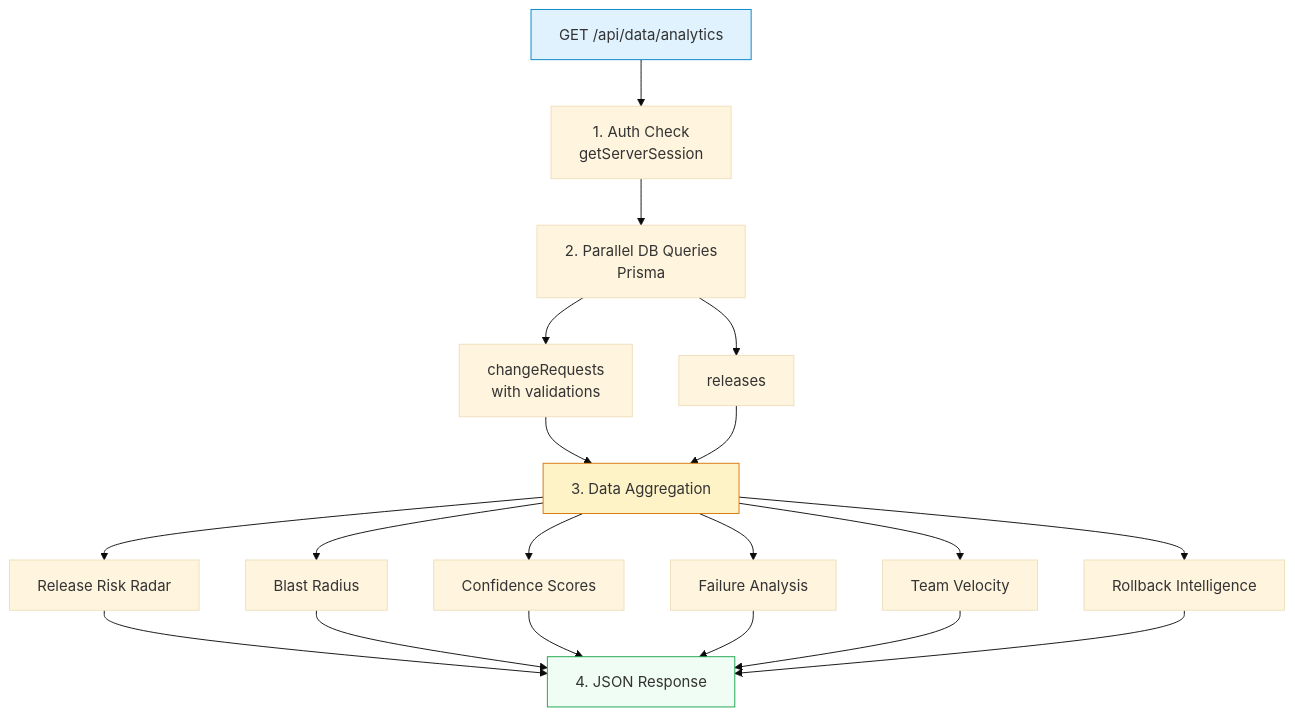
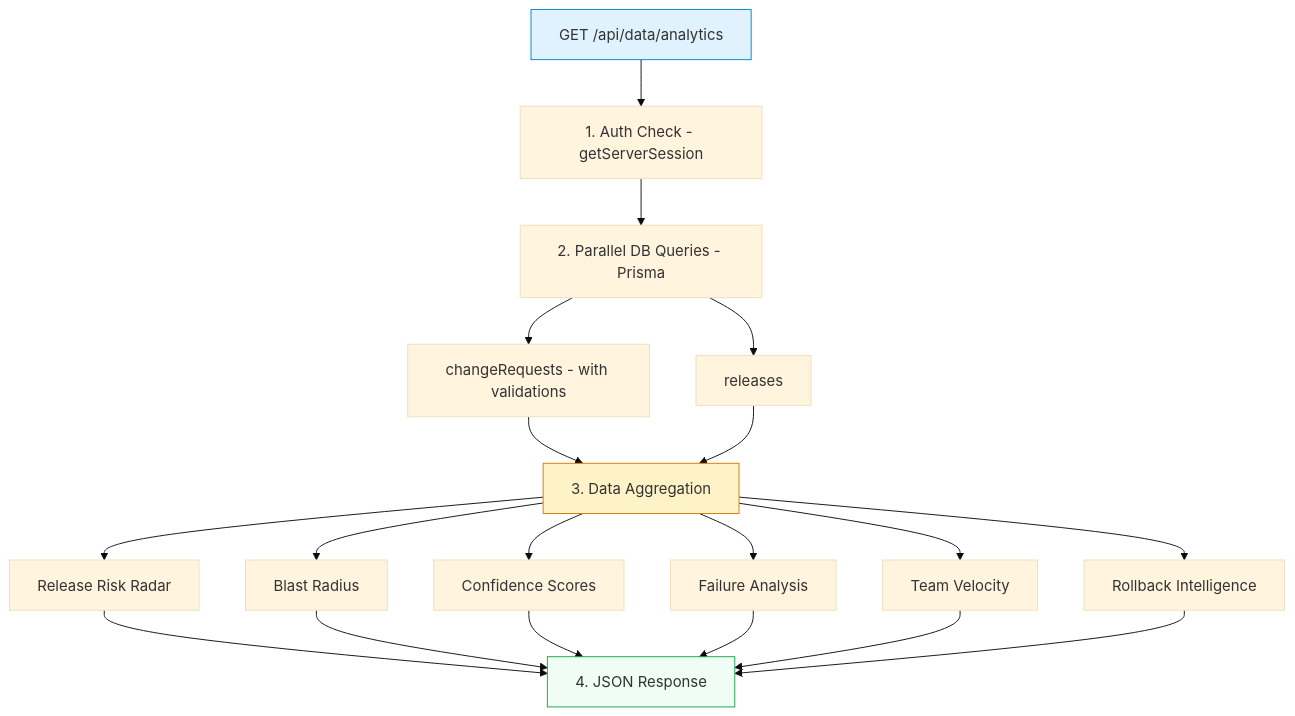
Before and after one commit to jj-shen99/changefabric: the fourth of 10 diagrams in docs/ARCHITECTURE.md, drawn with Mermaid (base theme). The commit also changed other lines of this file and 10 other files, not shown here.

First line of the commit message:
Fix Mermaid syntax errors, update all docs to v1.3.0

````diff
--- a/docs/ARCHITECTURE.md
+++ b/docs/ARCHITECTURE.md
@@ -220,25 +220,25 @@
 ```mermaid
 flowchart TB
-    REQ[GET /api/data/analytics] --> AUTH[1. Auth Check<br/>getServerSession]
-    AUTH --> DB[2. Parallel DB Queries<br/>Prisma]
-    DB --> CR[changeRequests<br/>with validations]
+    REQ[GET /api/data/analytics] --> AUTH[1. Auth Check - getServerSession]
+    AUTH --> DB[2. Parallel DB Queries - Prisma]
+    DB --> CR[changeRequests - with validations]
     DB --> REL[releases]
     CR --> AGG[3. Data Aggregation]
     REL --> AGG
     AGG --> RR[Release Risk Radar]
     AGG --> BR[Blast Radius]
     AGG --> CS[Confidence Scores]
     AGG --> FA[Failure Analysis]
     AGG --> TV[Team Velocity]
     AGG --> RI[Rollback Intelligence]
     RR --> JSON[4. JSON Response]
     BR --> JSON
     CS --> JSON
     FA --> JSON
     TV --> JSON
     RI --> JSON
 
     style REQ fill:#e0f2fe,stroke:#0284c7
     style AGG fill:#fef3c7,stroke:#d97706
     style JSON fill:#f0fdf4,stroke:#16a34a
 ```
````
